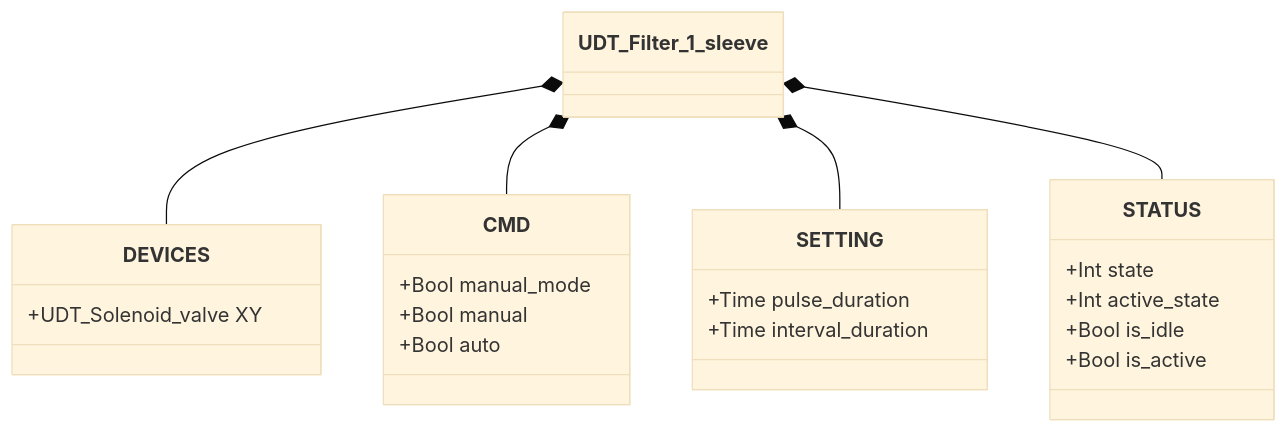
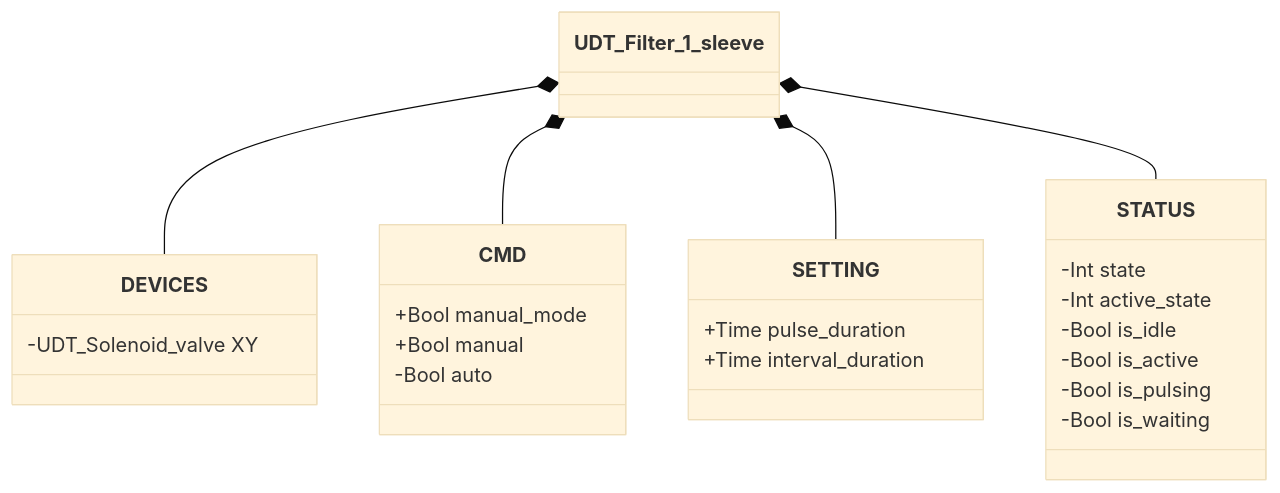
Before and after one commit to AleFire99/TIA_knowledge: the first of 2 diagrams in docs/it/library/filters/1-sleeve/index.md, drawn with Mermaid (base theme). The commit also changed other lines of this file and 14 other files, not shown here.

````diff
--- a/docs/it/library/filters/1-sleeve/index.md
+++ b/docs/it/library/filters/1-sleeve/index.md
@@ -63,26 +21,28 @@
 ```mermaid
 classDiagram
     class UDT_Filter_1_sleeve
     class DEVICES {
-        +UDT_Solenoid_valve XY
+        -UDT_Solenoid_valve XY
     }
     class CMD {
         +Bool manual_mode
         +Bool manual
-        +Bool auto
+        -Bool auto
     }
     class SETTING {
         +Time pulse_duration
         +Time interval_duration
     }
     class STATUS {
-        +Int state
-        +Int active_state
-        +Bool is_idle
-        +Bool is_active
+        -Int state
+        -Int active_state
+        -Bool is_idle
+        -Bool is_active
+        -Bool is_pulsing
+        -Bool is_waiting
     }
     UDT_Filter_1_sleeve *-- DEVICES
     UDT_Filter_1_sleeve *-- CMD
     UDT_Filter_1_sleeve *-- SETTING
     UDT_Filter_1_sleeve *-- STATUS
 ```
````
